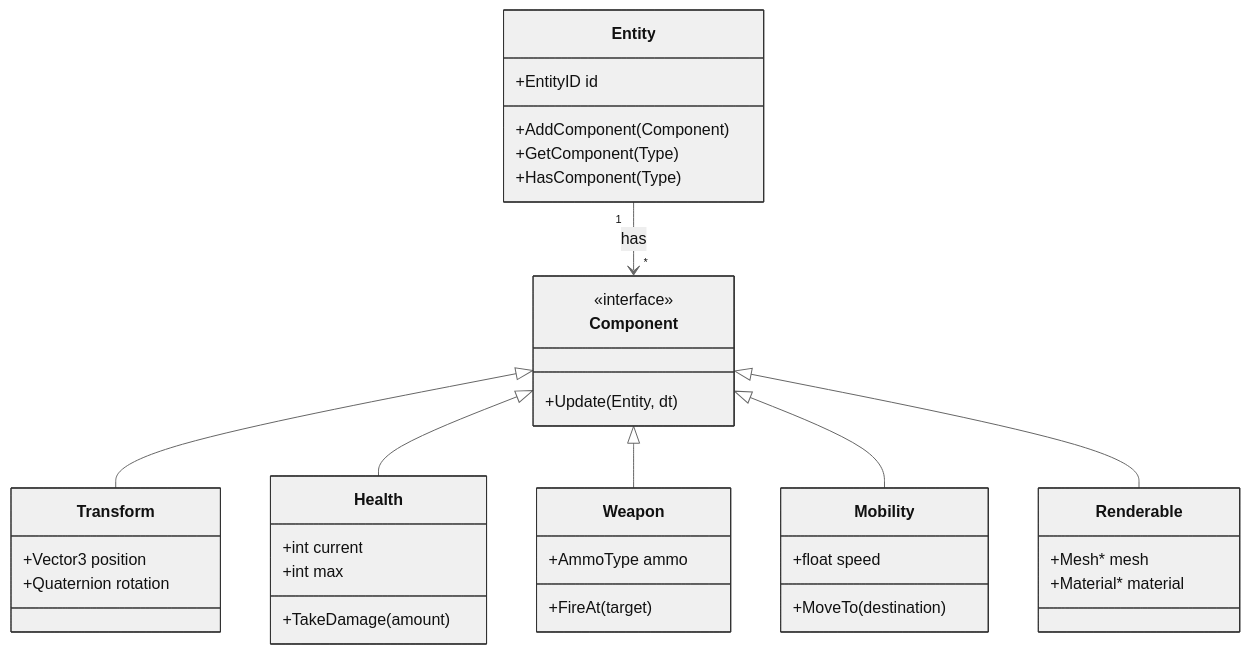
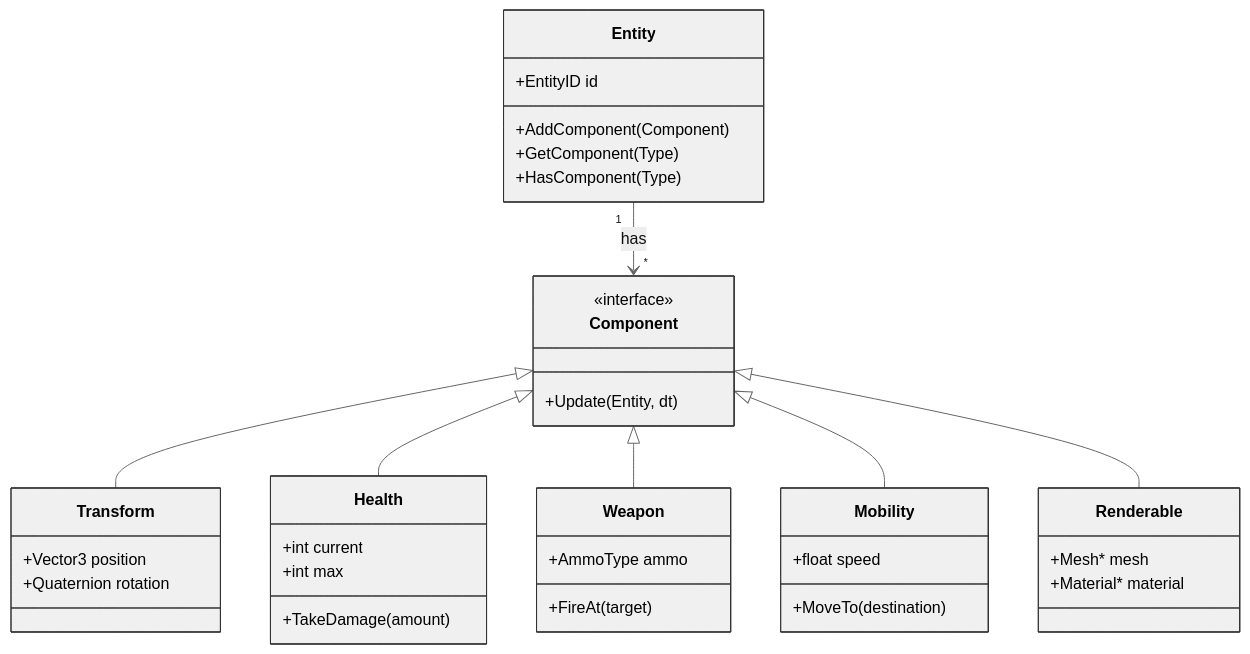
Before and after one commit to jukofyork/close-combat-architecture-study: the third of 18 diagrams in chapter_11_universal_patterns.md, drawn with Mermaid (neutral theme). The commit also changed other lines of this file and 15 other files, not shown here.

````diff
--- a/chapter_11_universal_patterns.md
+++ b/chapter_11_universal_patterns.md
@@ -283,49 +283,49 @@
 ```mermaid
 classDiagram
     class Entity {
         +EntityID id
         +AddComponent(Component)
         +GetComponent(Type)
         +HasComponent(Type)
     }
 
     class Component {
         <<interface>>
         +Update(Entity, dt)
     }
 
     class Transform {
         +Vector3 position
         +Quaternion rotation
     }
 
     class Health {
         +int current
         +int max
         +TakeDamage(amount)
     }
 
     class Weapon {
         +AmmoType ammo
         +FireAt(target)
     }
 
     class Mobility {
         +float speed
         +MoveTo(destination)
     }
 
     class Renderable {
         +Mesh* mesh
         +Material* material
     }
 
     Entity "1" --> "*" Component : has
     Component <|-- Transform
     Component <|-- Health
     Component <|-- Weapon
     Component <|-- Mobility
     Component <|-- Renderable
 
-    classDef default fill:#f0f0f0,stroke:#333,stroke-width:1px
+    classDef default fill:#f0f0f0,stroke:#333,stroke-width:1px,color:#000
 ```
````
